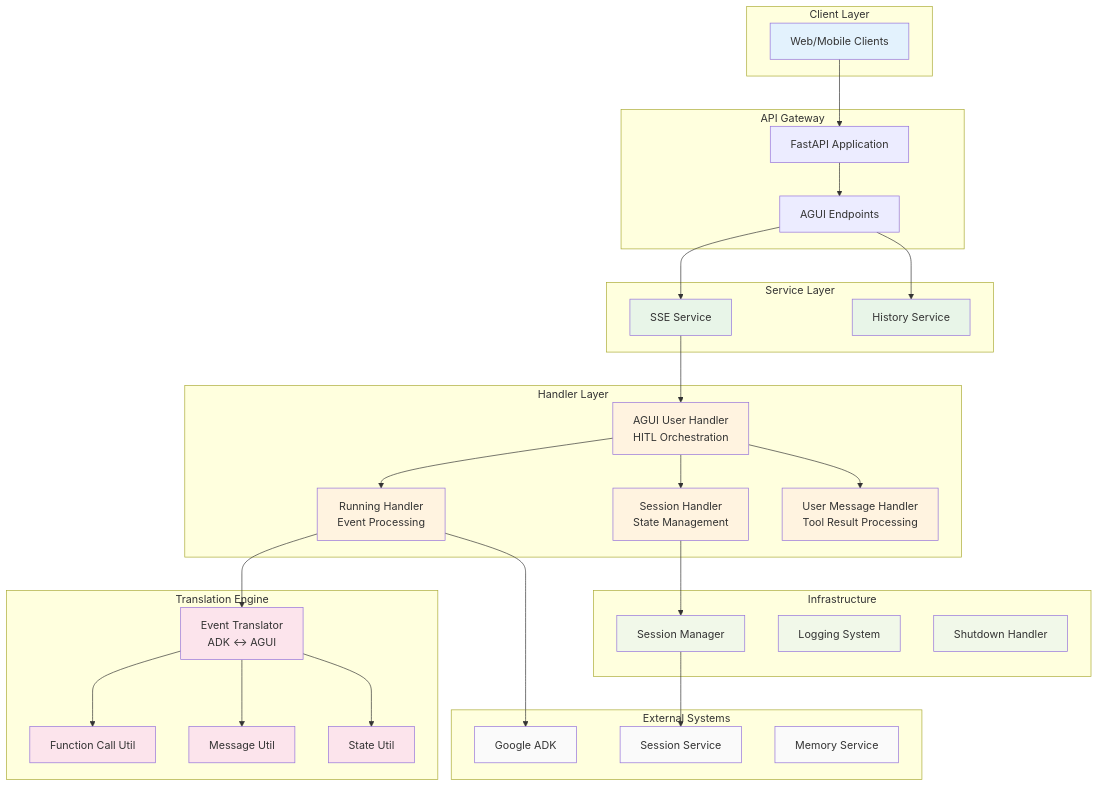
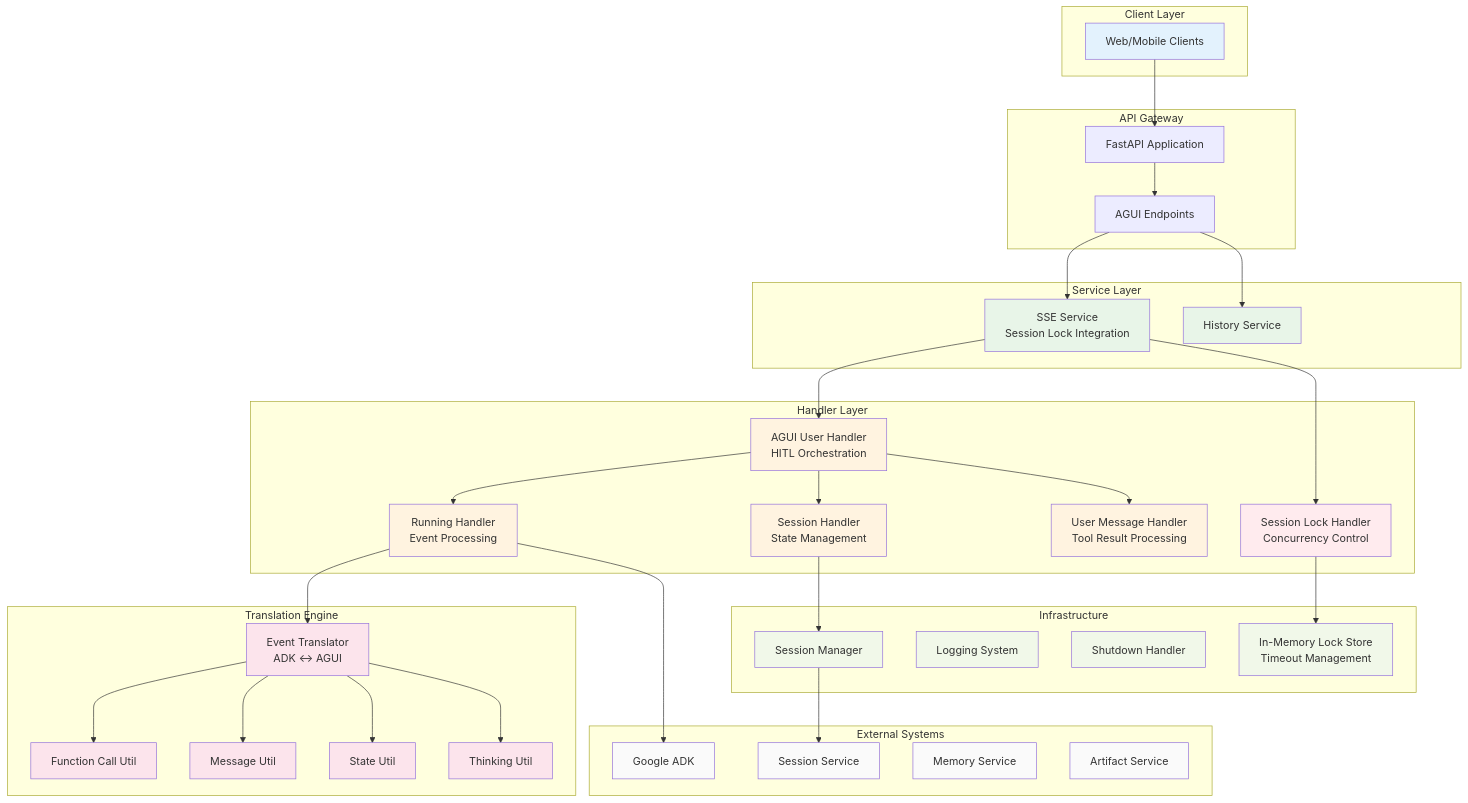
The first of 3 diagrams in README.md (trendmicro/adk-agui-middleware), drawn with Mermaid before and after one commit. The commit also changed other lines of this file, not shown here.

Commit message:
feat: Add session locking mechanism documentation and configuration examples in README

````diff
--- a/README.md
+++ b/README.md
@@ -79,73 +79,83 @@
     subgraph "Client Layer"
         Client[Web/Mobile Clients]
     end
-    
+
     subgraph "API Gateway"
         FastAPI[FastAPI Application]
         Endpoints[AGUI Endpoints]
     end
-    
+
     subgraph "Service Layer"
-        SSEService[SSE Service]
+        SSEService[SSE Service<br/>Session Lock Integration]
         HistoryService[History Service]
     end
-    
+
     subgraph "Handler Layer"
         AGUIHandler[AGUI User Handler<br/>HITL Orchestration]
         RunningHandler[Running Handler<br/>Event Processing]
         SessionHandler[Session Handler<br/>State Management]
         UserMsgHandler[User Message Handler<br/>Tool Result Processing]
+        SessionLockHandler[Session Lock Handler<br/>Concurrency Control]
     end
-    
+
     subgraph "Translation Engine"
         EventTranslator[Event Translator<br/>ADK ↔ AGUI]
         FunctionUtil[Function Call Util]
         MessageUtil[Message Util]
         StateUtil[State Util]
+        ThinkingUtil[Thinking Util]
     end
-    
+
     subgraph "Infrastructure"
         SessionManager[Session Manager]
         LogSystem[Logging System]
         ShutdownHandler[Shutdown Handler]
+        LockStore[In-Memory Lock Store<br/>Timeout Management]
     end
-    
+
     subgraph "External Systems"
         ADK[Google ADK]
         SessionService[Session Service]
         MemoryService[Memory Service]
+        ArtifactService[Artifact Service]
     end
-    
+
     Client --> FastAPI
     FastAPI --> Endpoints
     Endpoints --> SSEService
     Endpoints --> HistoryService
-    
+
+    SSEService --> SessionLockHandler
     SSEService --> AGUIHandler
+    SessionLockHandler --> LockStore
+
     AGUIHandler --> RunningHandler
     AGUIHandler --> SessionHandler
     AGUIHandler --> UserMsgHandler
-    
+
     RunningHandler --> EventTranslator
     EventTranslator --> FunctionUtil
     EventTranslator --> MessageUtil
     EventTranslator --> StateUtil
-    
+    EventTranslator --> ThinkingUtil
+
     SessionHandler --> SessionManager
     SessionManager --> SessionService
     RunningHandler --> ADK
-    
+
     classDef client fill:#e3f2fd
-    classDef service fill:#e8f5e8  
+    classDef service fill:#e8f5e8
     classDef handler fill:#fff3e0
     classDef translation fill:#fce4ec
     classDef infra fill:#f1f8e9
     classDef external fill:#fafafa
-    
+    classDef security fill:#ffebee
+
     class Client client
     class SSEService,HistoryService service
-    class AGUIHandler,RunningHandler,SessionHandler,UserMsgHandler handler
-    class EventTranslator,FunctionUtil,MessageUtil,StateUtil translation
-    class SessionManager,LogSystem,ShutdownHandler infra
-    class ADK,SessionService,MemoryService external
+    class AGUIHandler,RunningHandler,SessionHandler,UserMsgHandler,SessionLockHandler handler
+    class EventTranslator,FunctionUtil,MessageUtil,StateUtil,ThinkingUtil translation
+    class SessionManager,LogSystem,ShutdownHandler,LockStore infra
+    class ADK,SessionService,MemoryService,ArtifactService external
+    class SessionLockHandler security
 ```
````
